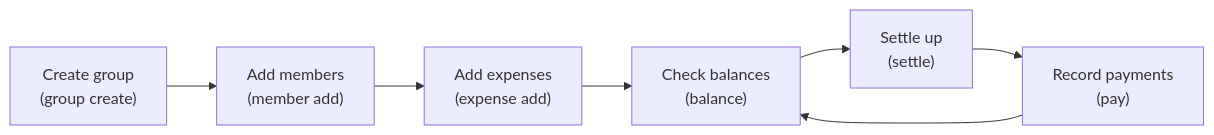
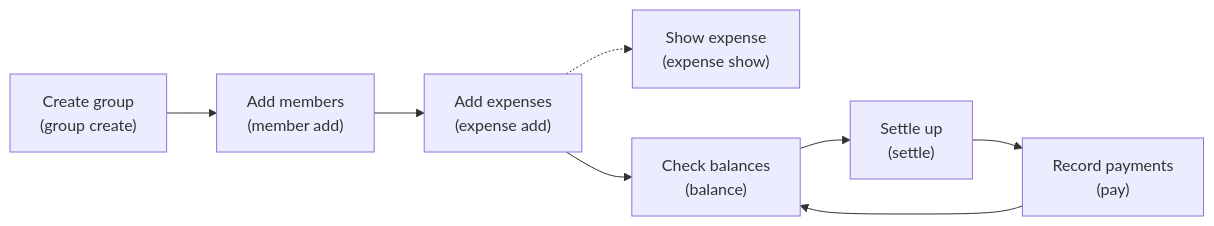
The second of 2 diagrams in README.md (karnanitace/split-easy), drawn with Mermaid before and after one commit. The commit also changed other lines of this file, not shown here.

Commit message:
docs: show demo supermarket receipts in README

````diff
--- a/README.md
+++ b/README.md
@@ -128,9 +129,10 @@
 ```mermaid
 flowchart LR
     A["Create group<br/>(group create)"] --> B["Add members<br/>(member add)"]
     B --> C["Add expenses<br/>(expense add)"]
+    C -.-> G["Show expense<br/>(expense show)"]
     C --> D["Check balances<br/>(balance)"]
     D --> E["Settle up<br/>(settle)"]
     E --> F["Record payments<br/>(pay)"]
     F --> D
 ```
````
